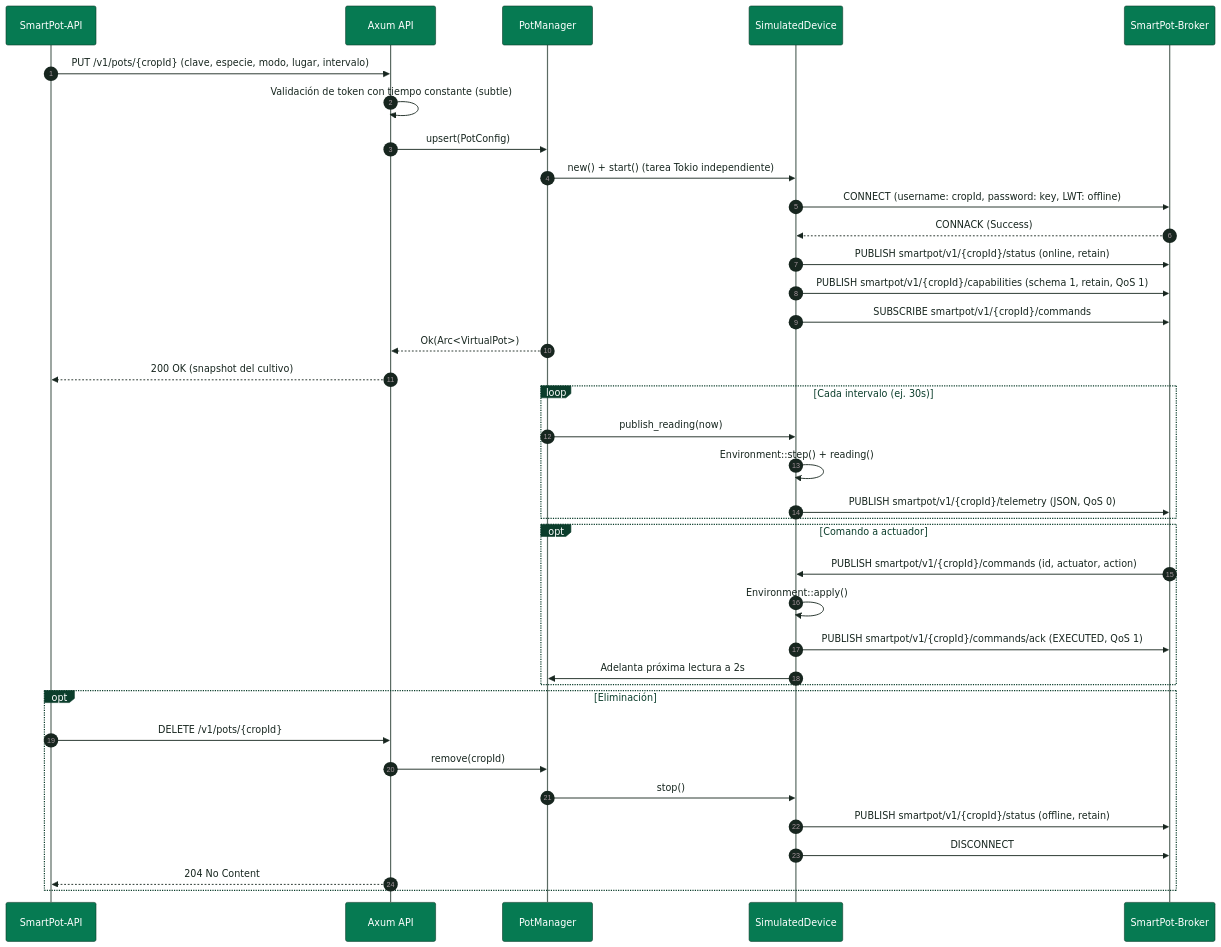
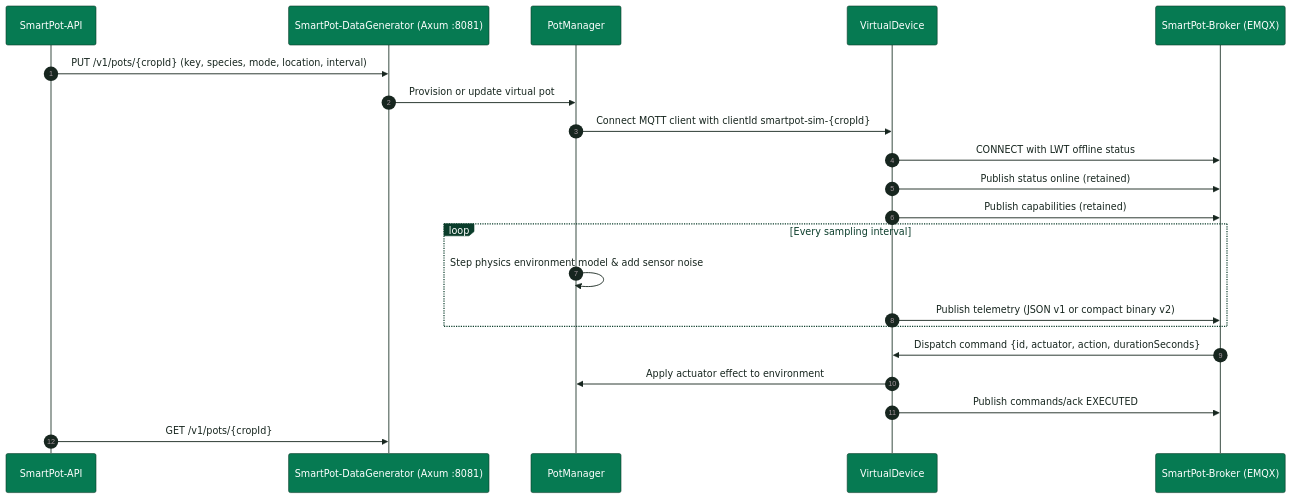
The diagram in docs/diagrams/SmartPot_DataGenerator_Rust_01_Virtual_Crop_Lifecycle.mmd (SmartPotTech/SmartPot-DataGenerator), drawn with Mermaid before and after one commit. The commit also changed 9 other files, not shown here.

Commit message:
docs(specs): synchronize 100% english documentation, diagrams, and static assets

```diff
--- a/docs/diagrams/SmartPot_DataGenerator_Rust_01_Virtual_Crop_Lifecycle.mmd
+++ b/docs/diagrams/SmartPot_DataGenerator_Rust_01_Virtual_Crop_Lifecycle.mmd
@@ -1,38 +1,22 @@
 %%{init: {"theme": "base", "fontFamily": "Segoe UI, Arial, sans-serif", "themeVariables": {"fontFamily": "Segoe UI, Arial, sans-serif", "fontSize": "15px", "primaryColor": "#DDF5EA", "primaryTextColor": "#17261F", "primaryBorderColor": "#067A52", "secondaryColor": "#E3F2FB", "secondaryTextColor": "#17261F", "secondaryBorderColor": "#1F6FA0", "tertiaryColor": "#F2F7F4", "tertiaryTextColor": "#17261F", "tertiaryBorderColor": "#D5E3DC", "lineColor": "#5B6B63", "textColor": "#17261F", "mainBkg": "#DDF5EA", "nodeBorder": "#067A52", "clusterBkg": "#F7FAF8", "clusterBorder": "#D5E3DC", "edgeLabelBackground": "#FFFFFF", "actorBkg": "#067A52", "actorBorder": "#0B3D2B", "actorTextColor": "#FFFFFF", "actorLineColor": "#5B6B63", "signalColor": "#17261F", "signalTextColor": "#17261F", "labelBoxBkgColor": "#0B3D2B", "labelBoxBorderColor": "#0B3D2B", "labelTextColor": "#FFFFFF", "loopTextColor": "#0B3D2B", "noteBkgColor": "#FDF4DD", "noteBorderColor": "#C98D12", "noteTextColor": "#17261F", "activationBkgColor": "#DDF5EA", "activationBorderColor": "#067A52", "attributeBackgroundColorOdd": "#FFFFFF", "attributeBackgroundColorEven": "#F2F7F4"}}}%%
 sequenceDiagram
   autonumber
   participant A as SmartPot-API
-  participant C as Axum API
-  participant M as PotManager
-  participant D as SimulatedDevice
-  participant B as SmartPot-Broker
-  A->>C: PUT /v1/pots/{cropId} (clave, especie, modo, lugar, intervalo)
-  C->>C: Validación de token con tiempo constante (subtle)
-  C->>M: upsert(PotConfig)
-  M->>D: new() + start() (tarea Tokio independiente)
-  D->>B: CONNECT (username: cropId, password: key, LWT: offline)
-  B-->>D: CONNACK (Success)
-  D->>B: PUBLISH smartpot/v1/{cropId}/status (online, retain)
-  D->>B: PUBLISH smartpot/v1/{cropId}/capabilities (schema 1, retain, QoS 1)
-  D->>B: SUBSCRIBE smartpot/v1/{cropId}/commands
-  M-->>C: Ok(Arc<VirtualPot>)
-  C-->>A: 200 OK (snapshot del cultivo)
-  loop Cada intervalo (ej. 30s)
-    M->>D: publish_reading(now)
-    D->>D: Environment::step() + reading()
-    D->>B: PUBLISH smartpot/v1/{cropId}/telemetry (JSON, QoS 0)
+  participant G as SmartPot-DataGenerator (Axum :8081)
+  participant P as PotManager
+  participant D as VirtualDevice
+  participant B as SmartPot-Broker (EMQX)
+  A->>G: PUT /v1/pots/{cropId} (key, species, mode, location, interval)
+  G->>P: Provision or update virtual pot
+  P->>D: Connect MQTT client with clientId smartpot-sim-{cropId}
+  D->>B: CONNECT with LWT offline status
+  D->>B: Publish status online (retained)
+  D->>B: Publish capabilities (retained)
+  loop Every sampling interval
+    P->>P: Step physics environment model & add sensor noise
+    D->>B: Publish telemetry (JSON v1 or compact binary v2)
   end
-  opt Comando a actuador
-    B->>D: PUBLISH smartpot/v1/{cropId}/commands (id, actuator, action)
-    D->>D: Environment::apply()
-    D->>B: PUBLISH smartpot/v1/{cropId}/commands/ack (EXECUTED, QoS 1)
-    D->>M: Adelanta próxima lectura a 2s
-  end
-  opt Eliminación
-    A->>C: DELETE /v1/pots/{cropId}
-    C->>M: remove(cropId)
-    M->>D: stop()
-    D->>B: PUBLISH smartpot/v1/{cropId}/status (offline, retain)
-    D->>B: DISCONNECT
-    C-->>A: 204 No Content
-  end
+  B->>D: Dispatch command {id, actuator, action, durationSeconds}
+  D->>P: Apply actuator effect to environment
+  D->>B: Publish commands/ack EXECUTED
+  A->>G: GET /v1/pots/{cropId}
```
